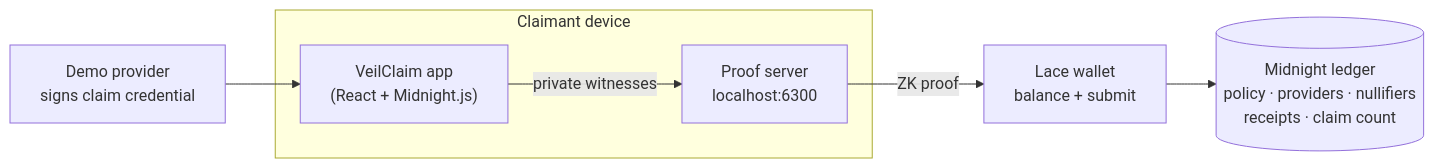
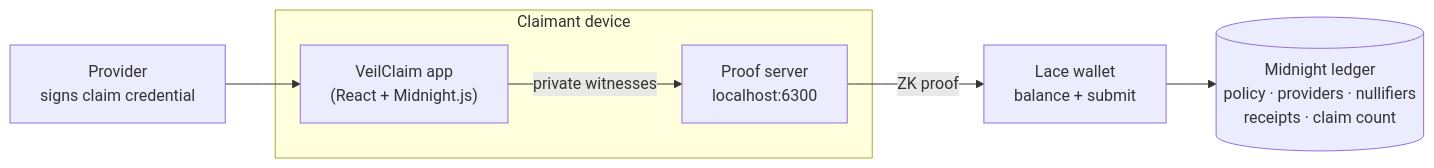
The diagram in README.md (0xMegie/VeilClaim-), drawn with Mermaid before and after one commit. The commit also changed other lines of this file and 30 other files, not shown here.

First line of the commit message:
feat: add demo claims and provider integration

````diff
--- a/README.md
+++ b/README.md
@@ -32,9 +32,9 @@
 ```mermaid
 flowchart LR
-    Provider["Demo provider<br/>signs claim credential"] --> Browser
+    Provider["Provider<br/>signs claim credential"] --> Browser
     subgraph Device["Claimant device"]
         Browser["VeilClaim app<br/>(React + Midnight.js)"] -- private witnesses --> Prover["Proof server<br/>localhost:6300"]
     end
     Prover -- ZK proof --> Lace["Lace wallet<br/>balance + submit"]
     Lace --> Ledger[("Midnight ledger<br/>policy · providers · nullifiers<br/>receipts · claim count")]
 ```
````
